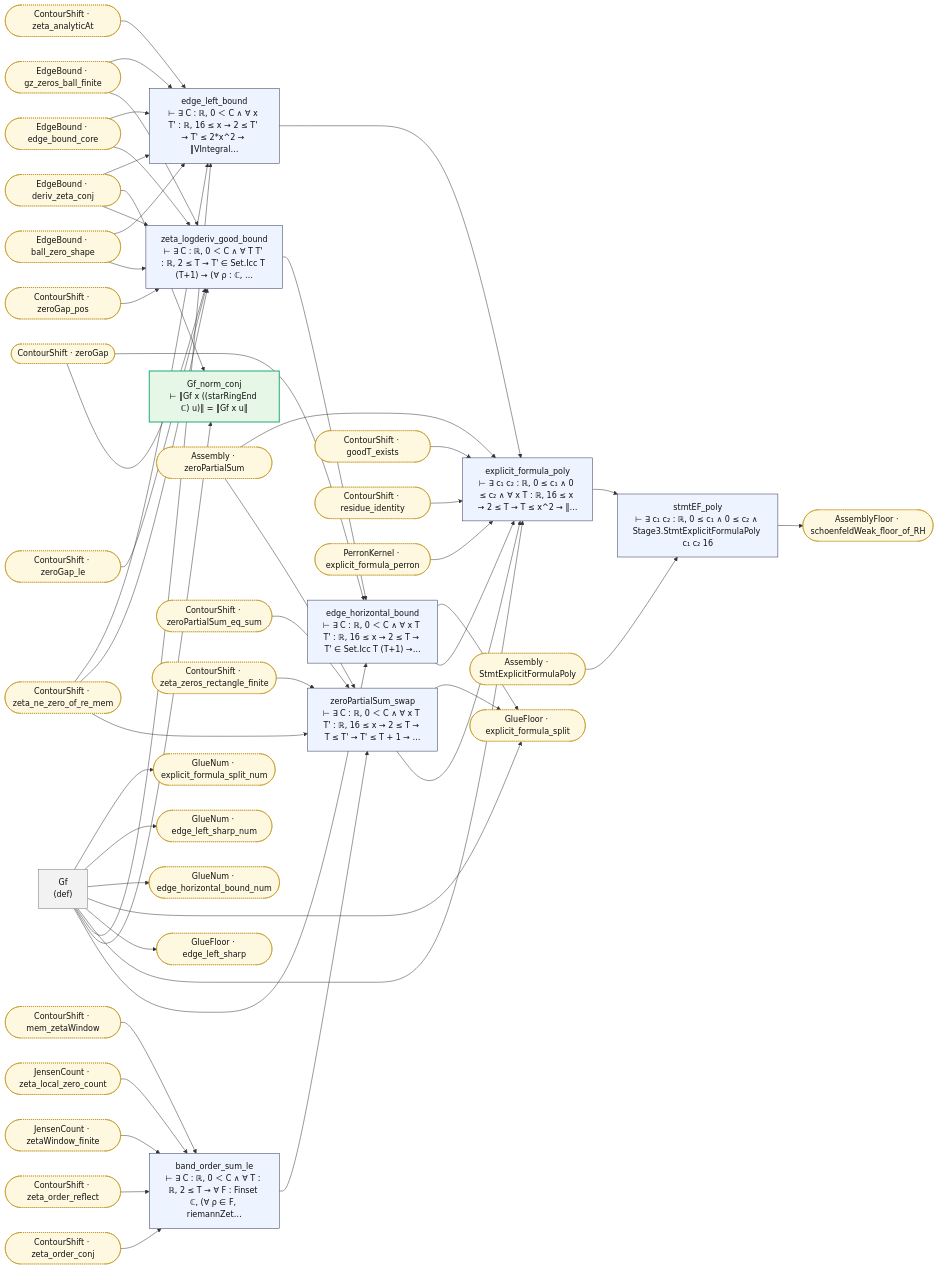
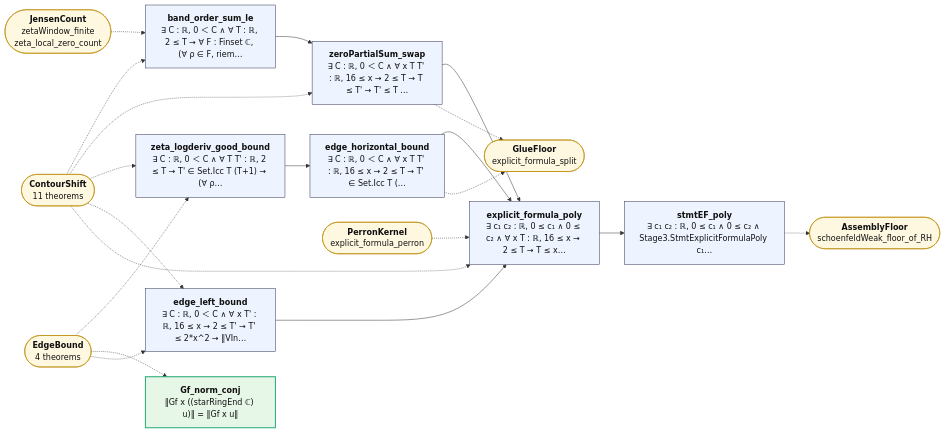
One commit to juliansambranojr/Primebeat_081426 changed the diagram in map/lean_stage3/Glue.md. Above: the diagram before and after it, drawn with Mermaid. The commit also changed other lines of this file and 387 other files, not shown here.

````diff
--- a/map/lean_stage3/Glue.md
+++ b/map/lean_stage3/Glue.md
@@ -8,93 +12,41 @@
 ```mermaid
 flowchart LR
-  n0["band_order_sum_le<br/>⊢ ∃ C : ℝ, 0 ＜ C ∧ ∀ T : ℝ, 2 ≤ T → ∀ F : Finset ℂ, (∀ ρ ∈ F, riemannZet…"]:::thm
-  n1["zeroPartialSum_swap<br/>⊢ ∃ C : ℝ, 0 ＜ C ∧ ∀ x T T' : ℝ, 16 ≤ x → 2 ≤ T → T ≤ T' → T' ≤ T + 1 → …"]:::thm
-  n2["Gf<br/>(def)"]:::dfn
-  n3["zeta_logderiv_good_bound<br/>⊢ ∃ C : ℝ, 0 ＜ C ∧ ∀ T T' : ℝ, 2 ≤ T → T' ∈ Set.Icc T (T+1) → (∀ ρ : ℂ, …"]:::thm
-  n4["edge_horizontal_bound<br/>⊢ ∃ C : ℝ, 0 ＜ C ∧ ∀ x T T' : ℝ, 16 ≤ x → 2 ≤ T → T' ∈ Set.Icc T (T+1) →…"]:::thm
-  n5["Gf_norm_conj<br/>⊢ ‖Gf x ((starRingEnd ℂ) u)‖ = ‖Gf x u‖"]:::end_
-  n6["edge_left_bound<br/>⊢ ∃ C : ℝ, 0 ＜ C ∧ ∀ x T' : ℝ, 16 ≤ x → 2 ≤ T' → T' ≤ 2*x^2 → ‖VIntegral…"]:::thm
-  n7["explicit_formula_poly<br/>⊢ ∃ c₁ c₂ : ℝ, 0 ≤ c₁ ∧ 0 ≤ c₂ ∧ ∀ x T : ℝ, 16 ≤ x → 2 ≤ T → T ≤ x^2 → ‖…"]:::thm
-  n8["stmtEF_poly<br/>⊢ ∃ c₁ c₂ : ℝ, 0 ≤ c₁ ∧ 0 ≤ c₂ ∧ Stage3.StmtExplicitFormulaPoly c₁ c₂ 16"]:::thm
-  x0(["Assembly · StmtExplicitFormulaPoly"]):::ext
-  x1(["Assembly · zeroPartialSum"]):::ext
-  x2(["AssemblyFloor · schoenfeldWeak_floor_of_RH"]):::ext
-  x3(["ContourShift · goodT_exists"]):::ext
-  x4(["ContourShift · mem_zetaWindow"]):::ext
-  x5(["ContourShift · residue_identity"]):::ext
-  x6(["ContourShift · zeroGap"]):::ext
-  x7(["ContourShift · zeroGap_le"]):::ext
-  x8(["ContourShift · zeroGap_pos"]):::ext
-  x9(["ContourShift · zeroPartialSum_eq_sum"]):::ext
-  x10(["ContourShift · zeta_analyticAt"]):::ext
-  x11(["ContourShift · zeta_ne_zero_of_re_mem"]):::ext
-  x12(["ContourShift · zeta_order_conj"]):::ext
-  x13(["ContourShift · zeta_order_reflect"]):::ext
-  x14(["ContourShift · zeta_zeros_rectangle_finite"]):::ext
-  x15(["EdgeBound · ball_zero_shape"]):::ext
-  x16(["EdgeBound · deriv_zeta_conj"]):::ext
-  x17(["EdgeBound · edge_bound_core"]):::ext
-  x18(["EdgeBound · gz_zeros_ball_finite"]):::ext
-  x19(["GlueFloor · edge_left_sharp"]):::ext
-  x20(["GlueFloor · explicit_formula_split"]):::ext
-  x21(["GlueNum · edge_horizontal_bound_num"]):::ext
-  x22(["GlueNum · edge_left_sharp_num"]):::ext
-  x23(["GlueNum · explicit_formula_split_num"]):::ext
-  x24(["JensenCount · zetaWindow_finite"]):::ext
-  x25(["JensenCount · zeta_local_zero_count"]):::ext
-  x26(["PerronKernel · explicit_formula_perron"]):::ext
+  n0["<b>band_order_sum_le</b><br/>∃ C : ℝ, 0 ＜ C ∧ ∀ T : ℝ, 2 ≤ T → ∀ F : Finset ℂ, (∀ ρ ∈ F, riem…"]:::thm
+  n1["<b>zeroPartialSum_swap</b><br/>∃ C : ℝ, 0 ＜ C ∧ ∀ x T T' : ℝ, 16 ≤ x → 2 ≤ T → T ≤ T' → T' ≤ T …"]:::thm
+  n2["<b>zeta_logderiv_good_bound</b><br/>∃ C : ℝ, 0 ＜ C ∧ ∀ T T' : ℝ, 2 ≤ T → T' ∈ Set.Icc T (T+1) → (∀ ρ…"]:::thm
+  n3["<b>edge_horizontal_bound</b><br/>∃ C : ℝ, 0 ＜ C ∧ ∀ x T T' : ℝ, 16 ≤ x → 2 ≤ T → T' ∈ Set.Icc T (…"]:::thm
+  n4["<b>Gf_norm_conj</b><br/>‖Gf x ((starRingEnd ℂ) u)‖ = ‖Gf x u‖"]:::end_
+  n5["<b>edge_left_bound</b><br/>∃ C : ℝ, 0 ＜ C ∧ ∀ x T' : ℝ, 16 ≤ x → 2 ≤ T' → T' ≤ 2*x^2 → ‖VIn…"]:::thm
+  n6["<b>explicit_formula_poly</b><br/>∃ c₁ c₂ : ℝ, 0 ≤ c₁ ∧ 0 ≤ c₂ ∧ ∀ x T : ℝ, 16 ≤ x → 2 ≤ T → T ≤ x…"]:::thm
+  n7["<b>stmtEF_poly</b><br/>∃ c₁ c₂ : ℝ, 0 ≤ c₁ ∧ 0 ≤ c₂ ∧ Stage3.StmtExplicitFormulaPoly c₁…"]:::thm
+  x0(["<b>ContourShift</b><br/>11 theorems"]):::ext
+  x1(["<b>JensenCount</b><br/>zetaWindow_finite<br/>zeta_local_zero_count"]):::ext
+  x2(["<b>GlueFloor</b><br/>explicit_formula_split"]):::ext
+  x3(["<b>EdgeBound</b><br/>4 theorems"]):::ext
+  x4(["<b>PerronKernel</b><br/>explicit_formula_perron"]):::ext
+  x5(["<b>AssemblyFloor</b><br/>schoenfeldWeak_floor_of_RH"]):::ext
   n0 --> n1
-  n1 --> n7
-  n1 --> x20
-  n2 --> n4
-  n2 --> n5
-  n2 --> n6
-  n2 --> n7
-  n2 --> x19
-  n2 --> x20
-  n2 --> x21
-  n2 --> x22
-  n2 --> x23
-  n3 --> n4
-  n4 --> n7
-  n4 --> x20
+  n1 --> n6
+  n2 --> n3
+  n3 --> n6
+  n5 --> n6
   n6 --> n7
-  n7 --> n8
-  n8 --> x2
-  x0 --> n8
-  x1 --> n1
-  x1 --> n7
-  x10 --> n6
-  x11 --> n1
-  x11 --> n3
-  x11 --> n6
-  x12 --> n0
-  x13 --> n0
-  x14 --> n1
-  x15 --> n3
-  x15 --> n6
-  x16 --> n3
-  x16 --> n5
-  x16 --> n6
-  x17 --> n3
-  x17 --> n6
-  x18 --> n3
-  x18 --> n6
-  x24 --> n0
-  x25 --> n0
-  x26 --> n7
-  x3 --> n7
-  x4 --> n0
-  x5 --> n7
-  x6 --> n3
-  x6 --> n4
-  x7 --> n3
-  x8 --> n3
-  x9 --> n1
+  n1 -.-> x2
+  n3 -.-> x2
+  n7 -.-> x5
+  x0 -.-> n0
+  x0 -.-> n1
+  x0 -.-> n2
+  x0 -.-> n5
+  x0 -.-> n6
+  x1 -.-> n0
+  x3 -.-> n2
+  x3 -.-> n4
+  x3 -.-> n5
+  x4 -.-> n6
   classDef thm fill:#eef4ff,stroke:#335,color:#111
-  classDef dfn fill:#f2f2f2,stroke:#777,color:#111
   classDef end_ fill:#e7f7e7,stroke:#2a7,color:#111,stroke-width:2px
   classDef lone fill:#fff,stroke:#999,color:#111,stroke-dasharray:4 3
   classDef bad fill:#ffe5e5,stroke:#c22,color:#111,stroke-width:2px
-  classDef ext fill:#fff8e1,stroke:#b80,color:#111,stroke-dasharray:2 2
+  classDef ext fill:#fff8e1,stroke:#b80,color:#111
 ```
````
